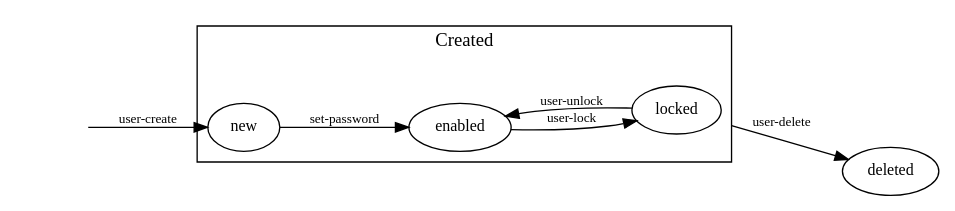
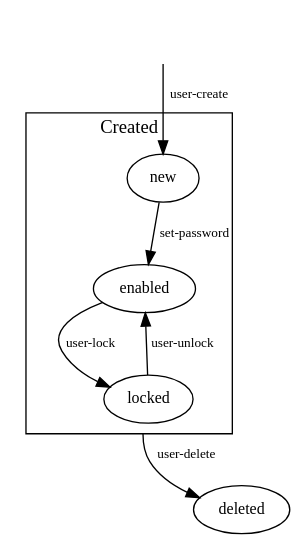
Before and after one commit to nethesis/dev-nethesis-it: the diagram in nethserver/user-account-sm.dot, drawn with Graphviz.

Commit message:
user-account-sm: Changed graph orientation

```diff
--- a/nethserver/user-account-sm.dot
+++ b/nethserver/user-account-sm.dot
@@ -1,26 +1,26 @@
 digraph User {
-  rankdir = "LR"; compound=true;  fontname = "Cantarell"; fontnames="svg"; fontsize=14;
+  compound=true;  fontname = "Cantarell"; fontnames="svg"; fontsize=14;
 
   node [fontname="Cantarell",fontsize=12];
   edge [fontname="Cantarell",fontsize=10];
 
 
   deleted [label="deleted"];
 
   start [style=invis];
 
   start -> new [label="user-create"];
 
   subgraph cluster0 {
     label="Created"
 
     new -> enabled [label="set-password"];
     enabled -> locked [label="user-lock"];
     locked -> enabled [label="user-unlock"];
   }
 
     new -> deleted [style=invis];
     enabled -> deleted [style=invis];
     locked -> deleted [ltail=cluster0,label="user-delete"];
 
 }
```
